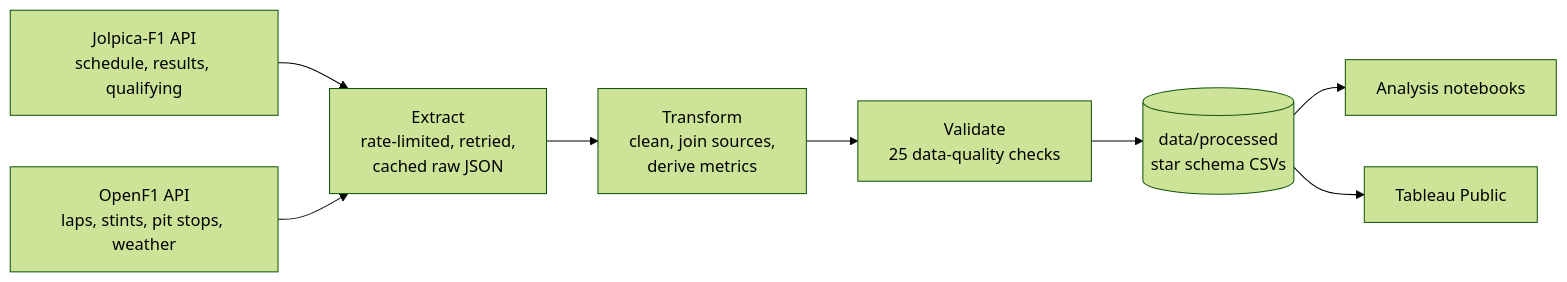
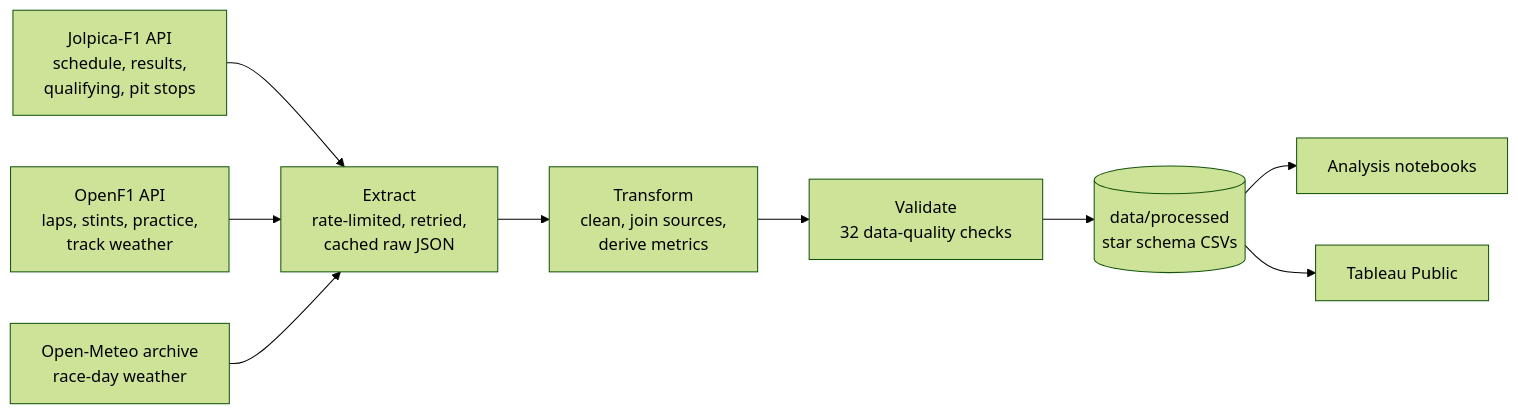
Before and after one commit to araithatha/f1-data-pipeline: the first of 2 diagrams in README.md, drawn with Mermaid (forest theme). The commit also changed other lines of this file and 21 other files, not shown here.

````diff
--- a/README.md
+++ b/README.md
@@ -26,10 +34,11 @@
 ```mermaid
 flowchart LR
-    A[Jolpica-F1 API<br/>schedule, results, qualifying] --> C
-    B[OpenF1 API<br/>laps, stints, pit stops, weather] --> C
+    A[Jolpica-F1 API<br/>schedule, results,<br/>qualifying, pit stops] --> C
+    B[OpenF1 API<br/>laps, stints, practice,<br/>track weather] --> C
+    W[Open-Meteo archive<br/>race-day weather] --> C
     C[Extract<br/>rate-limited, retried,<br/>cached raw JSON] --> D[Transform<br/>clean, join sources,<br/>derive metrics]
-    D --> E[Validate<br/>25 data-quality checks]
+    D --> E[Validate<br/>32 data-quality checks]
     E --> F[(data/processed<br/>star schema CSVs)]
     F --> G[Analysis notebooks]
     F --> H[Tableau Public]
 ```
````
